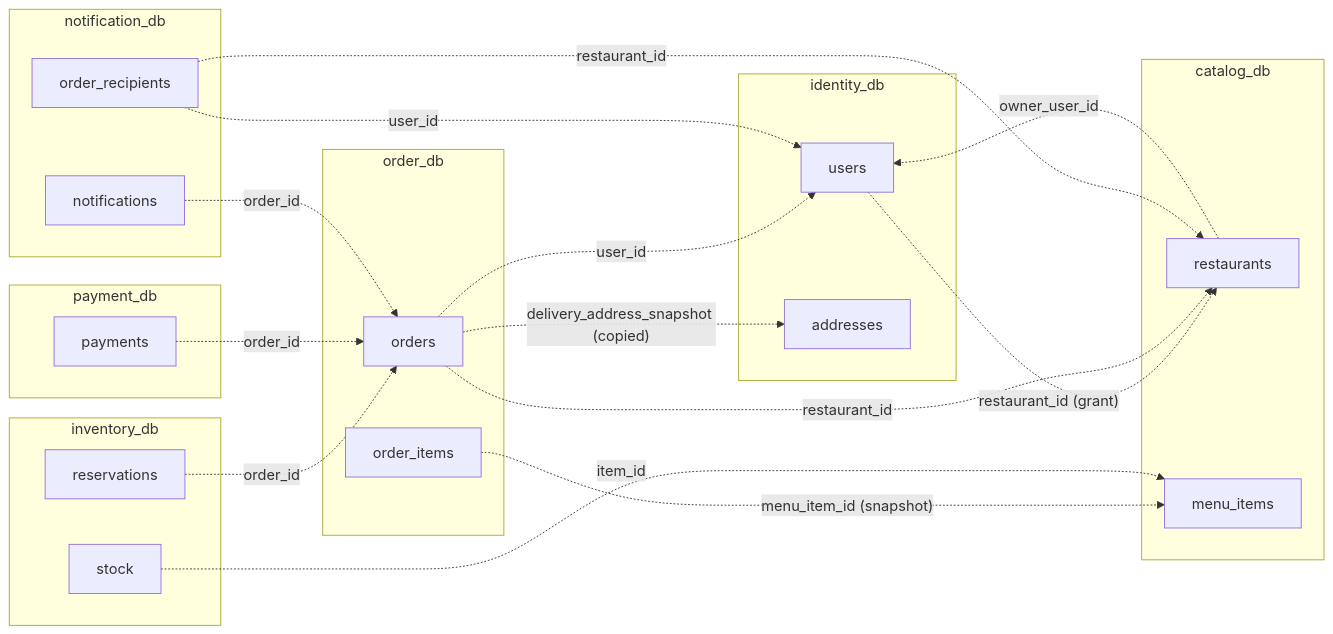
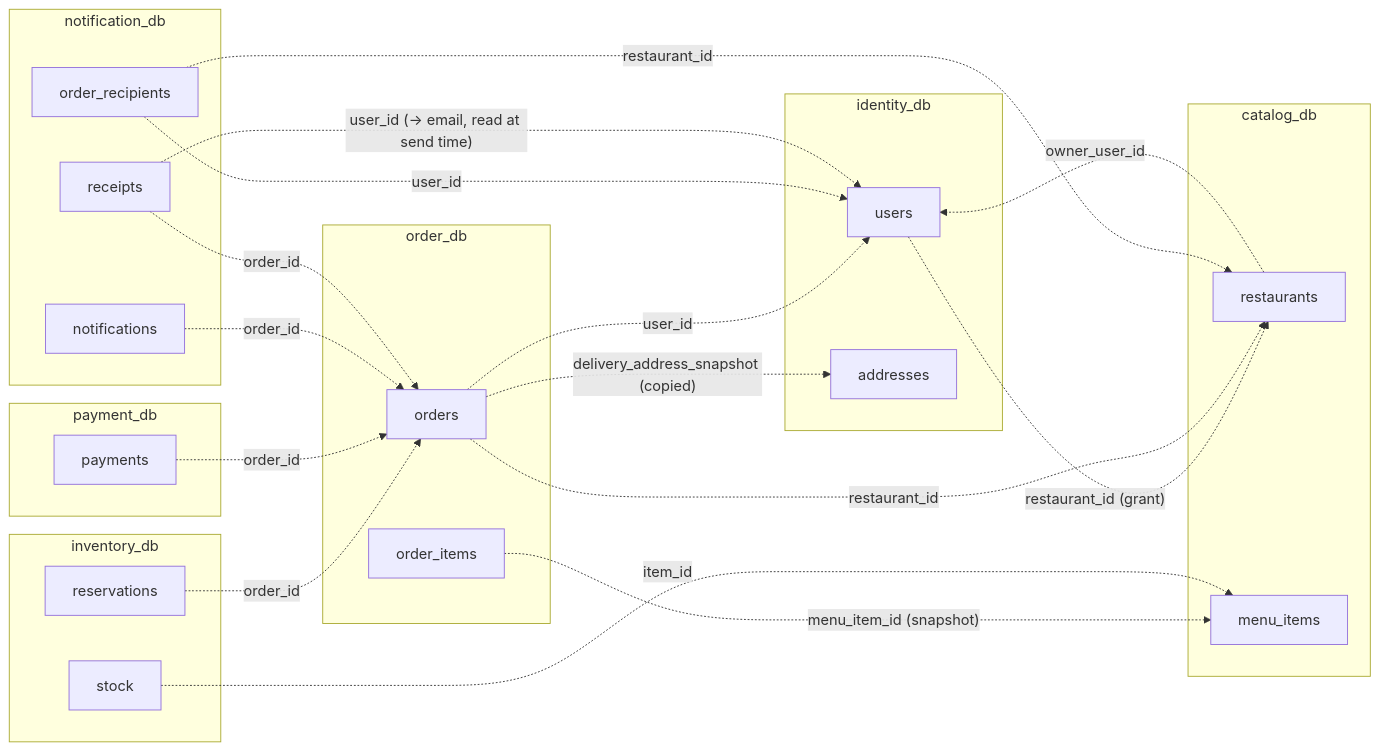
The seventh of 7 diagrams in docs/erd.md (Aizazahmed-7/SmartFoodOps), drawn with Mermaid before and after one commit. The commit also changed other lines of this file, not shown here.

Commit message:
update ERD

````diff
--- a/docs/erd.md
+++ b/docs/erd.md
@@ -473,39 +510,42 @@
 ```mermaid
 flowchart LR
     subgraph identity_db
         users[users]
         addresses[addresses]
     end
     subgraph catalog_db
         restaurants[restaurants]
         menu_items[menu_items]
     end
     subgraph order_db
         orders[orders]
         order_items[order_items]
     end
     subgraph inventory_db
         stock[stock]
         reservations[reservations]
     end
     subgraph payment_db
         payments[payments]
     end
     subgraph notification_db
         notifications[notifications]
         order_recipients[order_recipients]
+        receipts[receipts]
     end
 
     restaurants -. "owner_user_id" .-> users
     users -. "restaurant_id (grant)" .-> restaurants
     orders -. "user_id" .-> users
     orders -. "restaurant_id" .-> restaurants
     orders -. "delivery_address_snapshot (copied)" .-> addresses
     order_items -. "menu_item_id (snapshot)" .-> menu_items
     stock -. "item_id" .-> menu_items
     reservations -. "order_id" .-> orders
     payments -. "order_id" .-> orders
     notifications -. "order_id" .-> orders
     order_recipients -. "user_id" .-> users
     order_recipients -. "restaurant_id" .-> restaurants
+    receipts -. "order_id" .-> orders
+    receipts -. "user_id (→ email, read at send time)" .-> users
 ```
````
